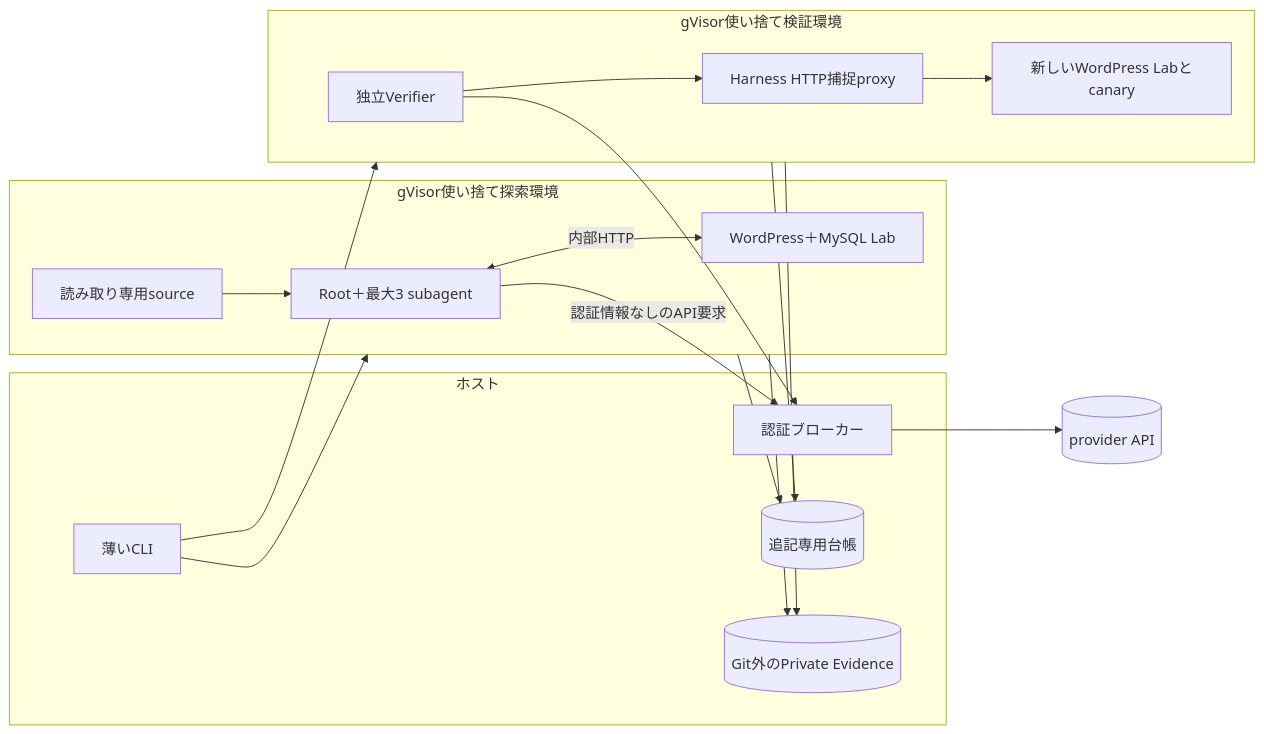
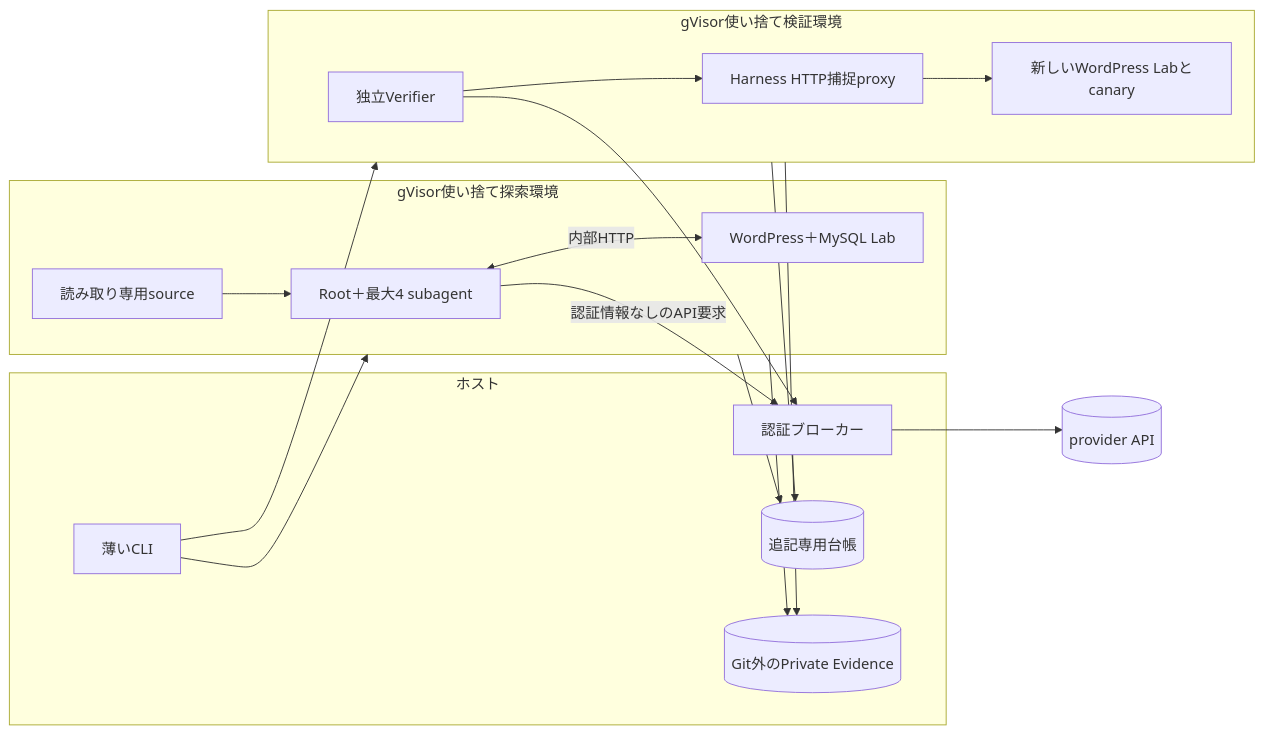
One commit to momoponwork1415-lgtm/wordpress-bounty-harness changed the fourth of 5 diagrams in docs/ARCHITECTURE.md. Above: the diagram before and after it, drawn with Mermaid. The commit also changed other lines of this file and 42 other files, not shown here.

````diff
--- a/docs/ARCHITECTURE.md
+++ b/docs/ARCHITECTURE.md
@@ -61,29 +62,29 @@
 ```mermaid
 flowchart LR
   subgraph HOST[ホスト]
     CLI[薄いCLI]
     BROKER[認証ブローカー]
     LEDGER[(追記専用台帳)]
     PRIVATE[(Git外のPrivate Evidence)]
   end
   subgraph DISC[gVisor使い捨て探索環境]
-    AGENTS[Root＋最大3 subagent]
+    AGENTS[Root＋最大4 subagent]
     LAB1[WordPress＋MySQL Lab]
     SOURCE[読み取り専用source]
     AGENTS <-->|内部HTTP| LAB1
     SOURCE --> AGENTS
   end
   subgraph VERIFY[gVisor使い捨て検証環境]
     VERIFIER[独立Verifier]
     PROXY[Harness HTTP捕捉proxy]
     LAB2[新しいWordPress Labとcanary]
     VERIFIER --> PROXY --> LAB2
   end
   CLI --> DISC
   CLI --> VERIFY
   AGENTS -->|認証情報なしのAPI要求| BROKER
   VERIFIER --> BROKER
   BROKER --> PROVIDER[(provider API)]
   DISC & VERIFY --> LEDGER
   DISC & VERIFY --> PRIVATE
 ```
````
